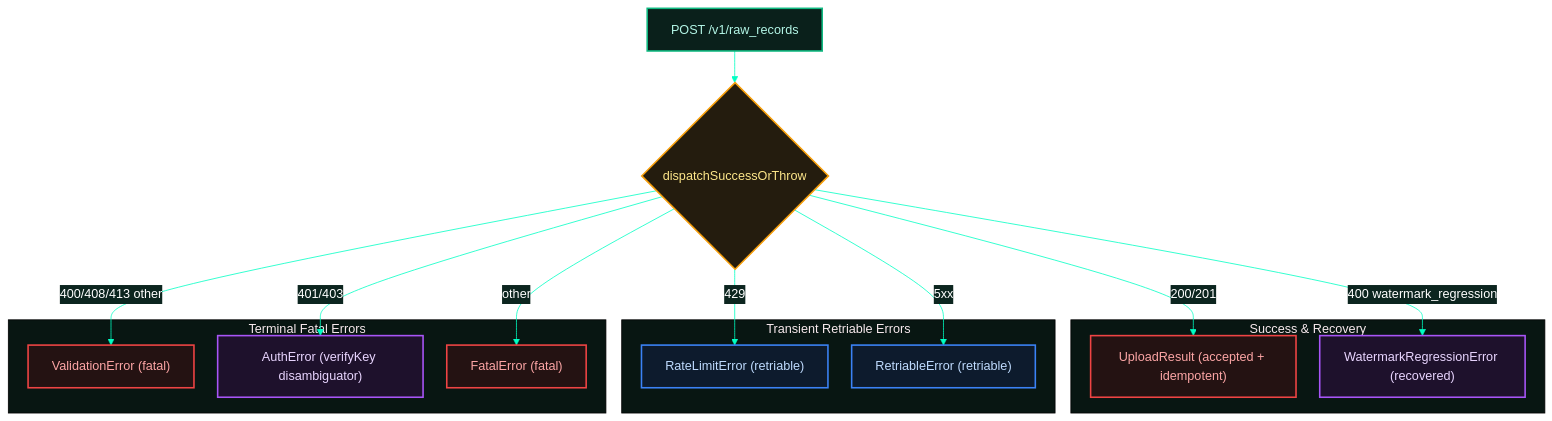
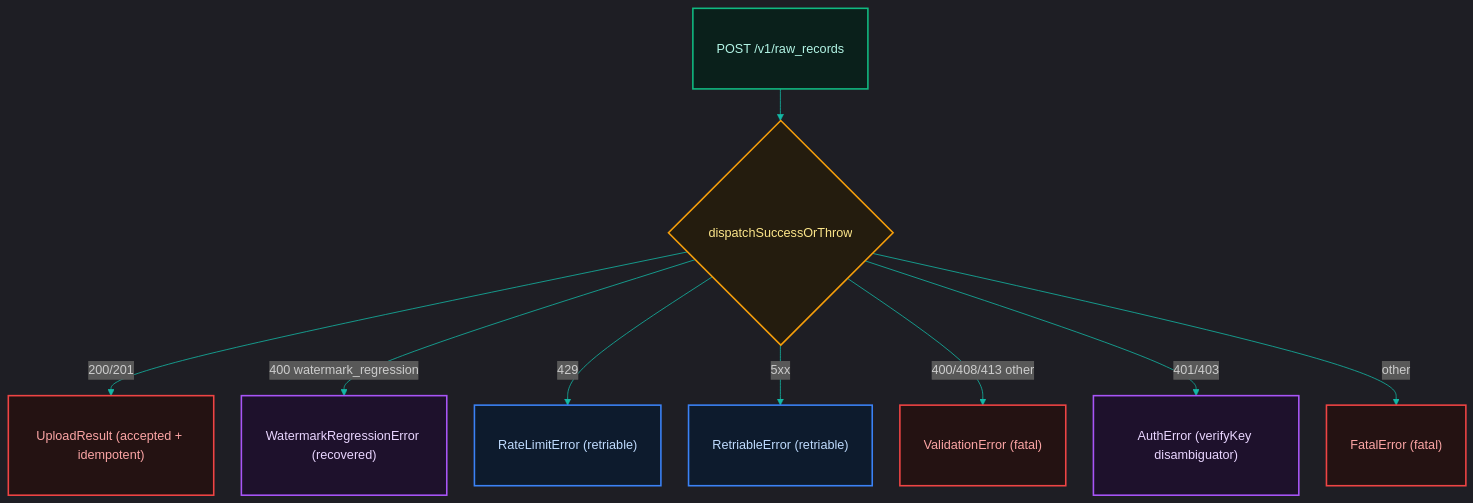
Before and after one commit to proxai/proxai_gateway: the diagram in docs/05-backend/5.1-backend-protocol.md, drawn with Mermaid. The commit also changed other lines of this file and 68 other files, not shown here.

````diff
--- a/docs/05-backend/5.1-backend-protocol.md
+++ b/docs/05-backend/5.1-backend-protocol.md
@@ -60,47 +58,29 @@
 ```mermaid
-%%{init: { 'flowchart': { 'useMaxWidth': false, 'curve': 'basis', 'nodeSpacing': 30, 'rankSpacing': 40, 'padding': 15 }, 'theme': 'base', 'themeVariables': { 'background': '#081612', 'primaryColor': '#081612', 'primaryTextColor': '#ffffff', 'primaryBorderColor': '#00ffc4', 'lineColor': '#00ffc4', 'secondaryColor': '#0c251f', 'tertiaryColor': '#081612' } }}%%
+%%{init: {"theme": "dark", "themeVariables": {"primaryColor": "#0a201b", "primaryTextColor": "#ccfbf1", "primaryBorderColor": "#14b8a6", "lineColor": "#14b8a6", "fontFamily": "Inter, sans-serif"}, "flowchart": {"nodeSpacing": 35, "rankSpacing": 40}}}%%
 flowchart TD
-  %% Native classDef Declarations
-  classDef startNode fill:#0a201b,stroke:#10b981,stroke-width:2px,color:#b3f5e6;
-  classDef stopNode fill:#241212,stroke:#ef4444,stroke-width:2px,color:#fca5a5;
-  classDef decNode fill:#241c0e,stroke:#f59e0b,stroke-width:2px,color:#fde68a;
-  classDef processNode fill:#0d1b2d,stroke:#3b82f6,stroke-width:2px,color:#bfdbfe;
-  classDef actionNode fill:#1e112c,stroke:#a855f7,stroke-width:2px,color:#e9d5ff;
-  classDef default fill:#0a201b,stroke:#14b8a6,stroke-width:2px,color:#ccfbf1;
+  req["POST /v1/raw_records"] --> resp{"dispatchSuccessOrThrow"}
+  resp -->|"200/201"| acc["UploadResult (accepted + idempotent)"]
+  resp -->|"400 watermark_regression"| rec["WatermarkRegressionError (recovered)"]
+  resp -->|"429"| rl["RateLimitError (retriable)"]
+  resp -->|"5xx"| ret["RetriableError (retriable)"]
+  resp -->|"400/408/413 other"| val["ValidationError (fatal)"]
+  resp -->|"401/403"| auth["AuthError (verifyKey disambiguator)"]
+  resp -->|"other"| fatal["FatalError (fatal)"]
 
-  req["POST /v1/raw_records"] --> resp{"dispatchSuccessOrThrow"}
-
-  subgraph Success ["Success & Recovery"]
-    acc["UploadResult (accepted + idempotent)"]
-    rec["WatermarkRegressionError (recovered)"]
-  end
-
-  subgraph Transient ["Transient Retriable Errors"]
-    rl["RateLimitError (retriable)"]
-    ret["RetriableError (retriable)"]
-  end
-
-  subgraph Fatal ["Terminal Fatal Errors"]
-    val["ValidationError (fatal)"]
-    auth["AuthError (verifyKey disambiguator)"]
-    fatal["FatalError (fatal)"]
-  end
-
-  resp -->|"200/201"| acc
-  resp -->|"400 watermark_regression"| rec
-  resp -->|"429"| rl
-  resp -->|"5xx"| ret
-  resp -->|"400/408/413 other"| val
-  resp -->|"401/403"| auth
-  resp -->|"other"| fatal
+  classDef startNode fill:#0a201b,stroke:#10b981,stroke-width:2px,color:#b3f5e6,padding:10px 25px;
+  classDef stopNode fill:#241212,stroke:#ef4444,stroke-width:2px,color:#fca5a5,padding:10px 25px;
+  classDef decNode fill:#241c0e,stroke:#f59e0b,stroke-width:2px,color:#fde68a,padding:10px 20px;
+  classDef processNode fill:#0d1b2d,stroke:#3b82f6,stroke-width:2px,color:#bfdbfe,padding:10px 20px;
+  classDef actionNode fill:#1e112c,stroke:#a855f7,stroke-width:2px,color:#e9d5ff,padding:10px 20px;
+  classDef default fill:#0a201b,stroke:#14b8a6,stroke-width:2px,color:#ccfbf1,padding:10px 20px;
 
   class req startNode;
   class resp decNode;
   class acc stopNode;
   class rec actionNode;
   class val stopNode;
   class auth actionNode;
   class rl processNode;
   class ret processNode;
   class fatal stopNode;
 ```
````
